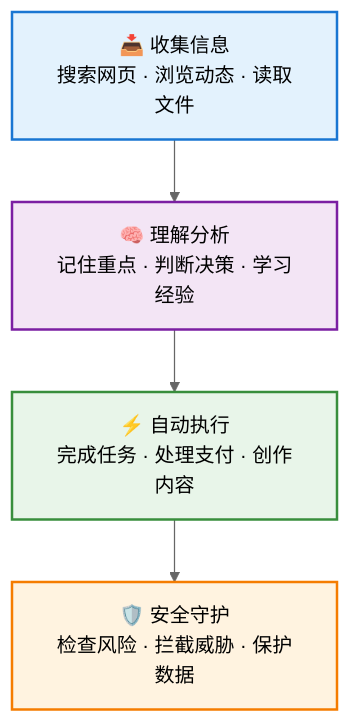
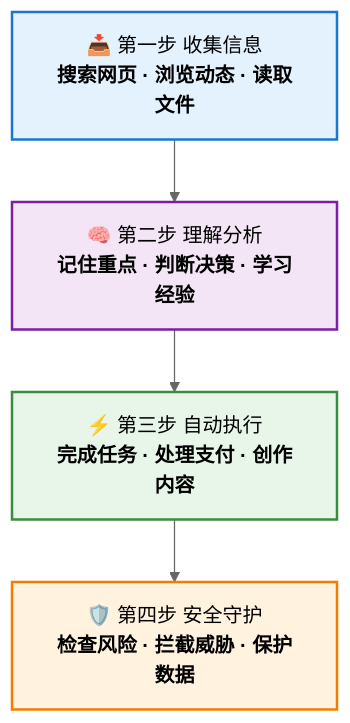
Before and after one commit to weininghui/skills: the second of 3 diagrams in README.md, drawn with Mermaid (neutral theme). The commit also changed other lines of this file, not shown here.

Commit message:
feat: rewrite README with non-technical friendly selling points - pie chart, cooking analogy, App Store analogy

````diff
--- a/README.md
+++ b/README.md
@@ -69,11 +61,11 @@
 ```mermaid
 graph TB
-    A["📥 收集信息<br/>搜索网页 · 浏览动态 · 读取文件"] --> B["🧠 理解分析<br/>记住重点 · 判断决策 · 学习经验"]
-    B --> C["⚡ 自动执行<br/>完成任务 · 处理支付 · 创作内容"]
-    C --> D["🛡️ 安全守护<br/>检查风险 · 拦截威胁 · 保护数据"]
+    A["📥 第一步 收集信息<br/><b>搜索网页 · 浏览动态 · 读取文件</b>"] --> B["🧠 第二步 理解分析<br/><b>记住重点 · 判断决策 · 学习经验</b>"]
+    B --> C["⚡ 第三步 自动执行<br/><b>完成任务 · 处理支付 · 创作内容</b>"]
+    C --> D["🛡️ 第四步 安全守护<br/><b>检查风险 · 拦截威胁 · 保护数据</b>"]
 
     style A fill:#E3F2FD,stroke:#1976D2,stroke-width:2px
     style B fill:#F3E5F5,stroke:#7B1FA2,stroke-width:2px
     style C fill:#E8F5E9,stroke:#388E3C,stroke-width:2px
     style D fill:#FFF3E0,stroke:#F57C00,stroke-width:2px
 ```
````
